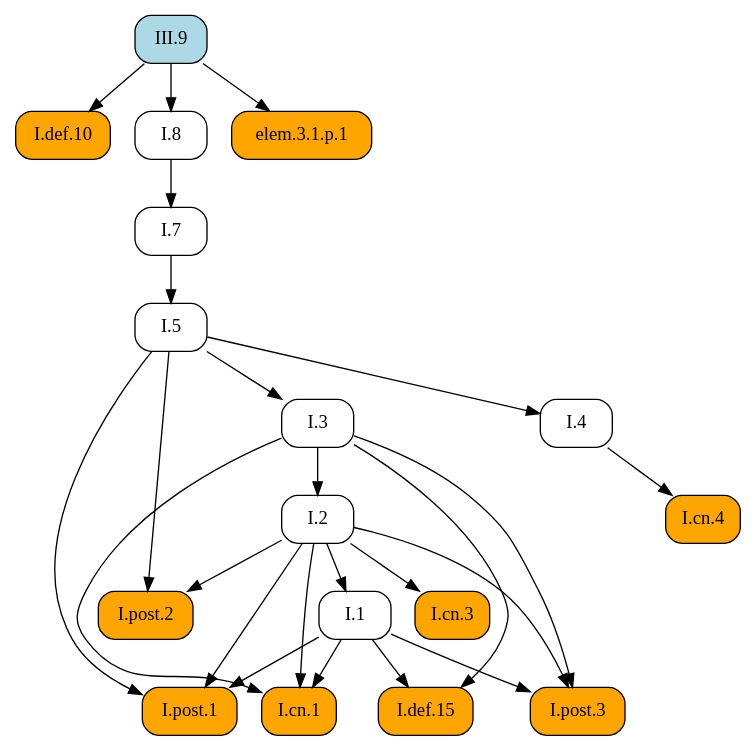
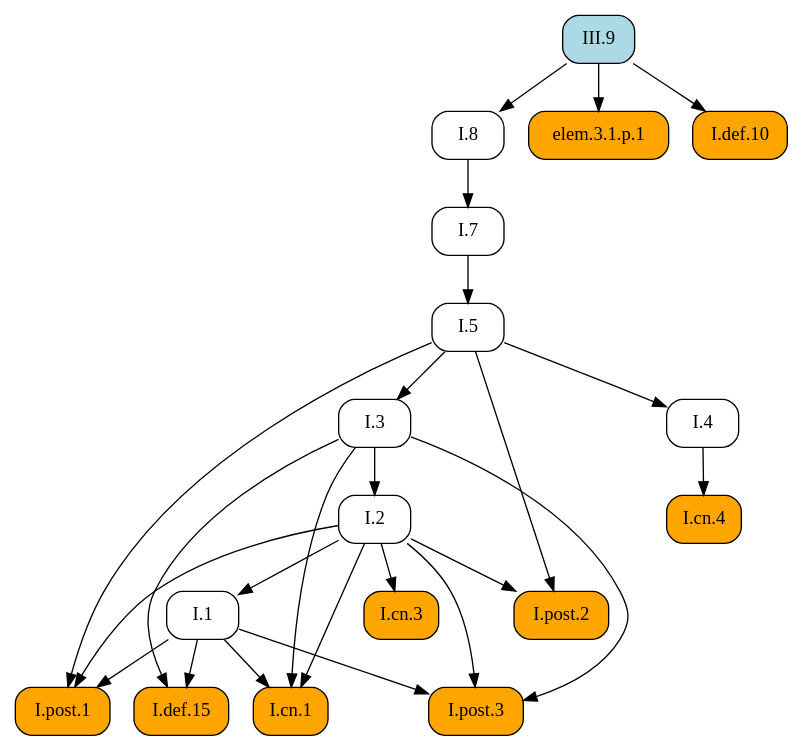
The diagram in docsrc/elements2/III/9/index.rst (geometor/elements), drawn with Graphviz before and after one commit. The commit also changed other lines of this file and 171 other files, not shown here.

```diff
--- a/docsrc/elements2/III/9/index.rst
+++ b/docsrc/elements2/III/9/index.rst
@@ -72,47 +72,47 @@
 .. graphviz::
 
    digraph {
      rankdir="TB";
      node [shape=box, style=rounded];
-     "III.9" [style="rounded,filled", fillcolor=lightblue, URL="/elements2/III/9/", target="_top"];
+     "I.8" [URL="/elements2/I/8/", target="_top"];
+     "I.1" [URL="/elements2/I/1/", target="_top"];
+     "I.cn.4" [style="rounded,filled", fillcolor=orange, URL="/elements2/I/cn.4/", target="_top"];
+     "I.cn.3" [style="rounded,filled", fillcolor=orange, URL="/elements2/I/cn.3/", target="_top"];
+     "I.7" [URL="/elements2/I/7/", target="_top"];
+     "I.post.1" [style="rounded,filled", fillcolor=orange, URL="/elements2/I/post.1/", target="_top"];
+     "elem.3.1.p.1" [style="rounded,filled", fillcolor=orange];
+     "I.5" [URL="/elements2/I/5/", target="_top"];
+     "I.cn.1" [style="rounded,filled", fillcolor=orange, URL="/elements2/I/cn.1/", target="_top"];
      "I.def.10" [style="rounded,filled", fillcolor=orange, URL="/elements2/I/def.10/", target="_top"];
-     "I.8" [URL="/elements2/I/8/", target="_top"];
      "I.2" [URL="/elements2/I/2/", target="_top"];
      "I.def.15" [style="rounded,filled", fillcolor=orange, URL="/elements2/I/def.15/", target="_top"];
-     "I.cn.4" [style="rounded,filled", fillcolor=orange, URL="/elements2/I/cn.4/", target="_top"];
+     "I.4" [URL="/elements2/I/4/", target="_top"];
+     "I.3" [URL="/elements2/I/3/", target="_top"];
+     "I.post.2" [style="rounded,filled", fillcolor=orange, URL="/elements2/I/post.2/", target="_top"];
+     "III.9" [style="rounded,filled", fillcolor=lightblue, URL="/elements2/III/9/", target="_top"];
      "I.post.3" [style="rounded,filled", fillcolor=orange, URL="/elements2/I/post.3/", target="_top"];
-     "I.1" [URL="/elements2/I/1/", target="_top"];
-     "I.post.2" [style="rounded,filled", fillcolor=orange, URL="/elements2/I/post.2/", target="_top"];
-     "elem.3.1.p.1" [style="rounded,filled", fillcolor=orange];
-     "I.post.1" [style="rounded,filled", fillcolor=orange, URL="/elements2/I/post.1/", target="_top"];
-     "I.7" [URL="/elements2/I/7/", target="_top"];
-     "I.cn.1" [style="rounded,filled", fillcolor=orange, URL="/elements2/I/cn.1/", target="_top"];
-     "I.3" [URL="/elements2/I/3/", target="_top"];
-     "I.cn.3" [style="rounded,filled", fillcolor=orange, URL="/elements2/I/cn.3/", target="_top"];
-     "I.5" [URL="/elements2/I/5/", target="_top"];
-     "I.4" [URL="/elements2/I/4/", target="_top"];
+     "III.9" -> "I.8";
+     "I.2" -> "I.1";
+     "I.4" -> "I.cn.4";
+     "I.2" -> "I.cn.3";
+     "I.8" -> "I.7";
+     "I.1" -> "I.post.1";
+     "I.2" -> "I.post.1";
+     "I.5" -> "I.post.1";
+     "III.9" -> "elem.3.1.p.1";
+     "I.7" -> "I.5";
+     "I.1" -> "I.cn.1";
+     "I.2" -> "I.cn.1";
+     "I.3" -> "I.cn.1";
      "III.9" -> "I.def.10";
-     "III.9" -> "I.8";
      "I.3" -> "I.2";
      "I.1" -> "I.def.15";
      "I.3" -> "I.def.15";
-     "I.4" -> "I.cn.4";
+     "I.5" -> "I.4";
+     "I.5" -> "I.3";
+     "I.2" -> "I.post.2";
+     "I.5" -> "I.post.2";
      "I.1" -> "I.post.3";
      "I.2" -> "I.post.3";
      "I.3" -> "I.post.3";
-     "I.2" -> "I.1";
-     "I.2" -> "I.post.2";
-     "I.5" -> "I.post.2";
-     "III.9" -> "elem.3.1.p.1";
-     "I.1" -> "I.post.1";
-     "I.2" -> "I.post.1";
-     "I.5" -> "I.post.1";
-     "I.8" -> "I.7";
-     "I.1" -> "I.cn.1";
-     "I.2" -> "I.cn.1";
-     "I.3" -> "I.cn.1";
-     "I.5" -> "I.3";
-     "I.2" -> "I.cn.3";
-     "I.7" -> "I.5";
-     "I.5" -> "I.4";
    }
```
